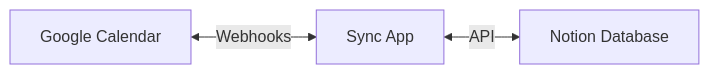
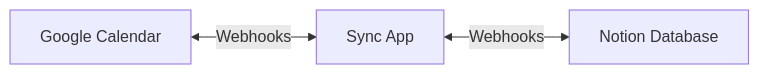
One commit to mcsdevv/while changed the diagram in apps/web/content/docs/index.mdx. Above: the diagram before and after it, drawn with Mermaid. The commit also changed other lines of this file and 4 other files, not shown here.

First line of the commit message:
docs: update sync docs to reflect webhook-based architecture

````diff
--- a/apps/web/content/docs/index.mdx
+++ b/apps/web/content/docs/index.mdx
@@ -54,5 +54,5 @@
 ```mermaid
 graph LR
     GC[Google Calendar] <-->|Webhooks| App[Sync App]
-    App <-->|API| N[Notion Database]
+    App <-->|Webhooks| N[Notion Database]
 ```
````
